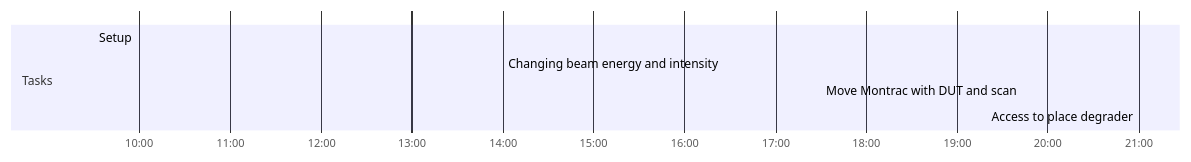
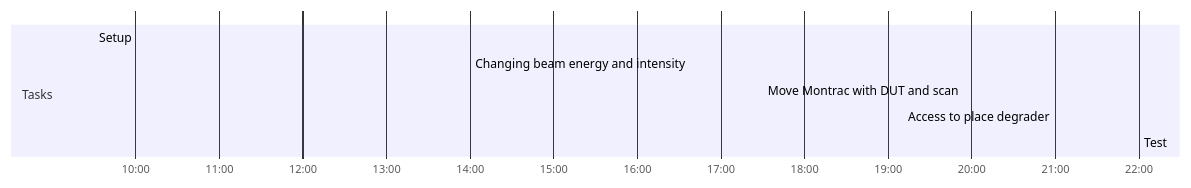
Before and after one commit to eliottjohnson/Obsidian-Vault: the diagram in Fellowship/CHIMERA/ESA Ion Run 2022.md, drawn with Mermaid. The commit also changed other lines of this file and 2 other files, not shown here.

````diff
--- a/Fellowship/CHIMERA/ESA Ion Run 2022.md
+++ b/Fellowship/CHIMERA/ESA Ion Run 2022.md
@@ -97,13 +96,14 @@
 ```mermaid
 gantt
     dateFormat  HH-mm
     axisFormat %H:%M
-    %% Current Time: 11:24:14 AM
+    %% Current Time: 11:34:14 AM
     section Tasks
     Setup     :09-30, 270mm
     Changing beam energy and intensity     :14-00, 210mm
     Move Montrac with DUT and scan     :17-30, 210mm
-    Access to place degrader     :21-00, 0mm
+    Access to place degrader     :21-00, 60mm
+    Test     :22-00, 0mm
     section Breaks
 
 ```
````
